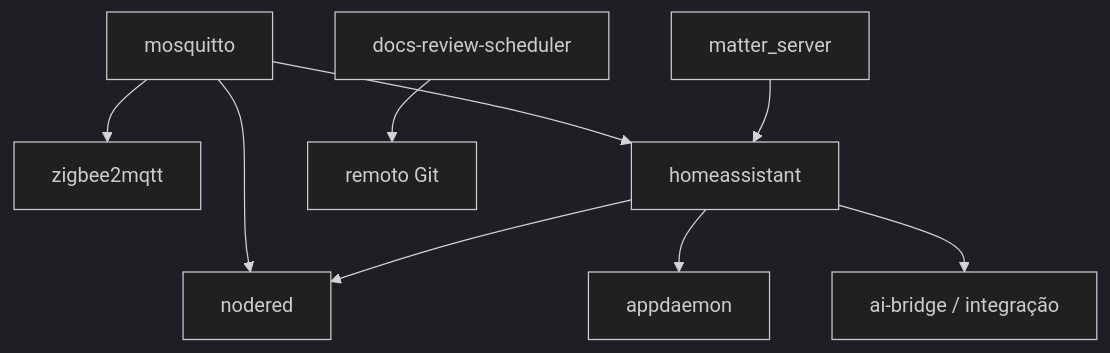
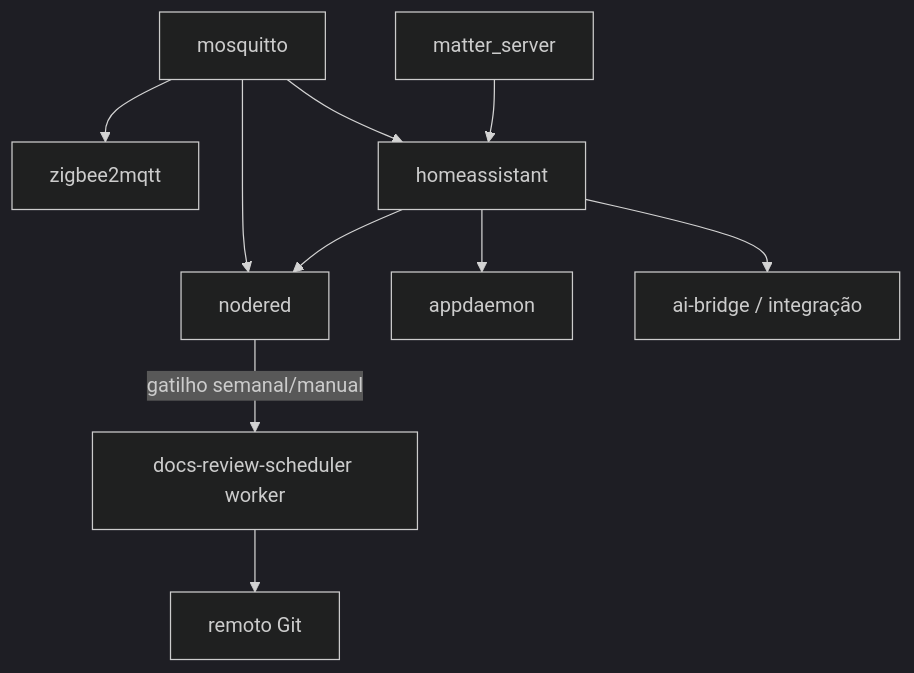
Before and after one commit to gabrafur/my_smart_home: the diagram in docs/CONTAINERS.md, drawn with Mermaid (dark theme). The commit also changed other lines of this file and 19 other files, not shown here.

````diff
--- a/docs/CONTAINERS.md
+++ b/docs/CONTAINERS.md
@@ -120,11 +120,12 @@
 ```mermaid
 flowchart TD
     MQ[mosquitto] --> Z2M[zigbee2mqtt]
     MQ --> HA[homeassistant]
     MAT[matter_server] --> HA
     MQ --> NR[nodered]
     HA --> NR
     HA --> AD[appdaemon]
     HA --> BR[ai-bridge / integração]
-    SCH[docs-review-scheduler] --> GIT[remoto Git]
+    NR -->|gatilho semanal/manual| SCH[docs-review-scheduler worker]
+    SCH --> GIT[remoto Git]
 ```
````
